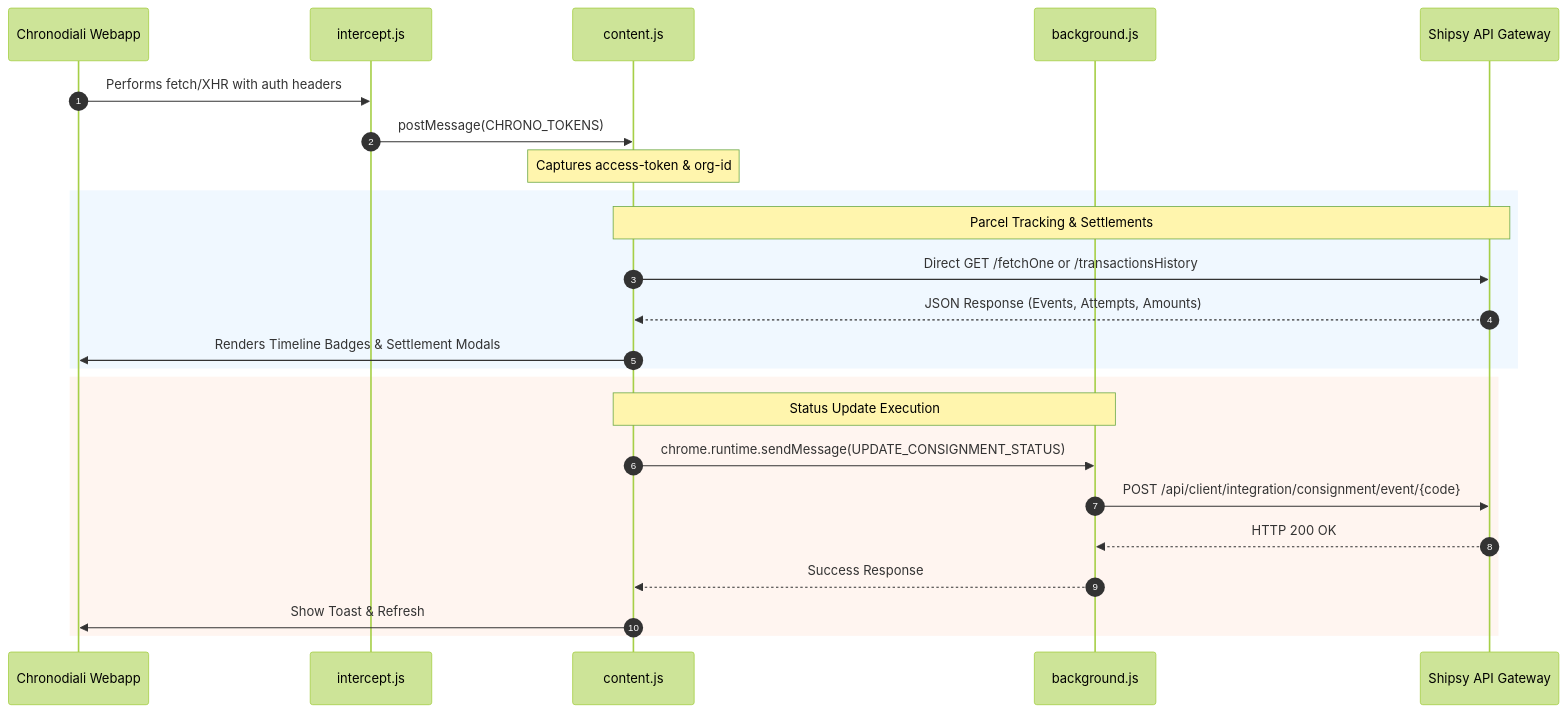
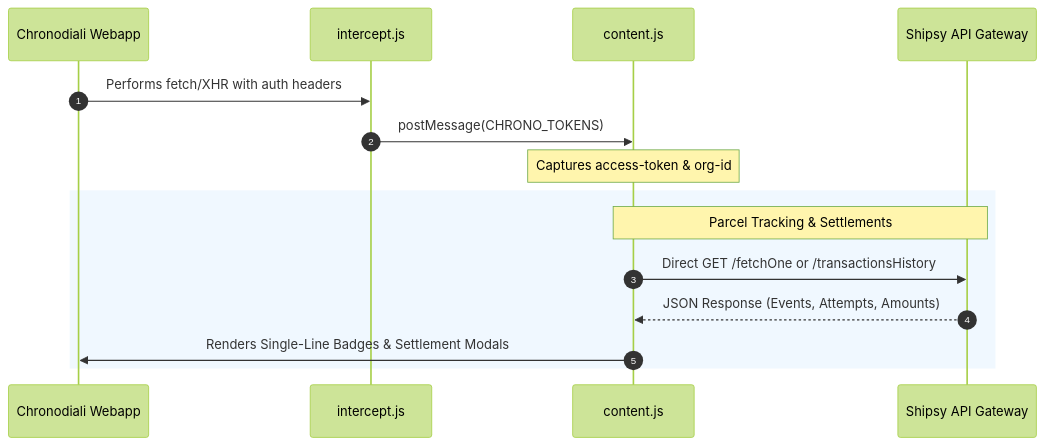
Before and after one commit to shadowofleaf96/Chrono-Enhanced: the diagram in README.md, drawn with Mermaid (forest theme). The commit also changed other lines of this file and 22 other files, not shown here.

Commit message:
feat: responsive consignment & trip details, in-app navigation & purge status update widget

````diff
--- a/README.md
+++ b/README.md
@@ -164,29 +177,19 @@
 ```mermaid
 sequenceDiagram
     autonumber
     participant Page as Chronodiali Webapp
     participant Intercept as intercept.js
     participant Content as content.js
-    participant Worker as background.js
     participant Shipsy as Shipsy API Gateway
 
     Page->>Intercept: Performs fetch/XHR with auth headers
     Intercept->>Content: postMessage(CHRONO_TOKENS)
     Note over Content: Captures access-token & org-id
     
     rect rgb(240, 248, 255)
     Note over Content, Shipsy: Parcel Tracking & Settlements
     Content->>Shipsy: Direct GET /fetchOne or /transactionsHistory
     Shipsy-->>Content: JSON Response (Events, Attempts, Amounts)
-    Content->>Page: Renders Timeline Badges & Settlement Modals
-    end
-
-    rect rgb(255, 245, 240)
-    Note over Content, Worker: Status Update Execution
-    Content->>Worker: chrome.runtime.sendMessage(UPDATE_CONSIGNMENT_STATUS)
-    Worker->>Shipsy: POST /api/client/integration/consignment/event/{code}
-    Shipsy-->>Worker: HTTP 200 OK
-    Worker-->>Content: Success Response
-    Content->>Page: Show Toast & Refresh
+    Content->>Page: Renders Single-Line Badges & Settlement Modals
     end
 ```
````
